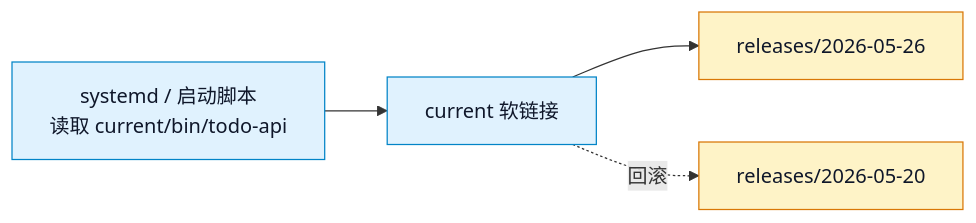
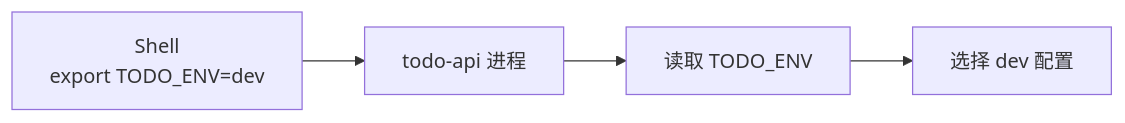
Before and after one commit to yleoer/cloud-native-todo-platform-docs: the fifth of 5 diagrams in docs/chapters/stage-01-foundation/02-linux-filesystem.md, drawn with Mermaid. The commit also changed other lines of this file and 3 other files, not shown here.

````diff
--- a/docs/chapters/stage-01-foundation/02-linux-filesystem.md
+++ b/docs/chapters/stage-01-foundation/02-linux-filesystem.md
@@ -562,11 +406,6 @@
 ```mermaid
 flowchart LR
-    Service["systemd / 启动脚本<br/>读取 current/bin/todo-api"] --> Current["current 软链接"]
-    Current --> V2["releases/2026-05-26"]
-    Current -.回滚.-> V1["releases/2026-05-20"]
-
-    classDef stable fill:#e0f2fe,stroke:#0284c7,color:#0f172a
-    classDef version fill:#fef3c7,stroke:#d97706,color:#0f172a
-    class Service,Current stable
-    class V1,V2 version
+    Shell["Shell<br/>export TODO_ENV=dev"] --> Process["todo-api 进程"]
+    Process --> Read["读取 TODO_ENV"]
+    Read --> Config["选择 dev 配置"]
 ```
````
